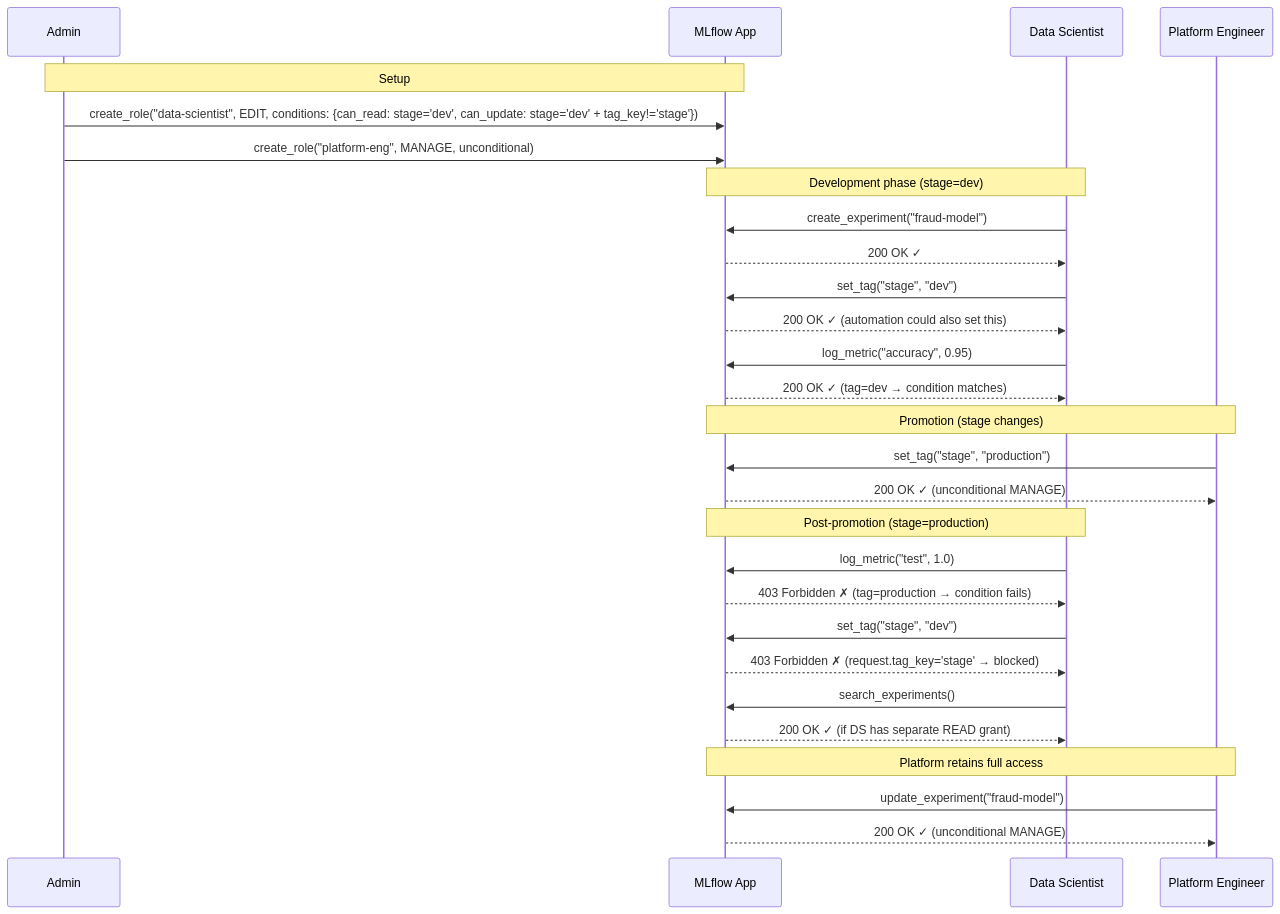
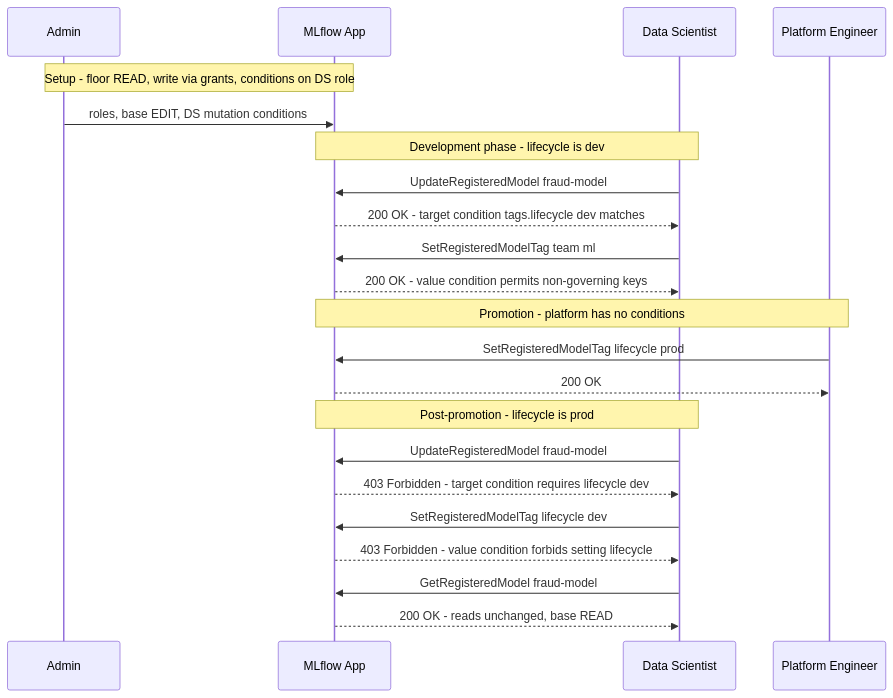
Before and after one commit to mlflow/rfcs: the first of 3 diagrams in rfcs/0000-condition-based-access-control/0000-condition-based-access-control.md, drawn with Mermaid. The commit also changed other lines of this file, not shown here.

````diff
--- a/rfcs/0000-condition-based-access-control/0000-condition-based-access-control.md
+++ b/rfcs/0000-condition-based-access-control/0000-condition-based-access-control.md
@@ -54,35 +60,28 @@
 ```mermaid
 sequenceDiagram
     participant Admin
     participant MLflow as MLflow App
     participant DS as Data Scientist
     participant Platform as Platform Engineer
 
-    Note over Admin,MLflow: Setup
-    Admin->>MLflow: create_role("data-scientist", EDIT, conditions: {can_read: stage='dev', can_update: stage='dev' + tag_key!='stage'})
-    Admin->>MLflow: create_role("platform-eng", MANAGE, unconditional)
+    Note over Admin,MLflow: Setup - floor READ, write via grants, conditions on DS role
+    Admin->>MLflow: roles, base EDIT, DS mutation conditions
 
-    Note over DS,MLflow: Development phase (stage=dev)
-    DS->>MLflow: create_experiment("fraud-model")
-    MLflow-->>DS: 200 OK ✓
-    DS->>MLflow: set_tag("stage", "dev")
-    MLflow-->>DS: 200 OK ✓ (automation could also set this)
-    DS->>MLflow: log_metric("accuracy", 0.95)
-    MLflow-->>DS: 200 OK ✓ (tag=dev → condition matches)
+    Note over DS,MLflow: Development phase - lifecycle is dev
+    DS->>MLflow: UpdateRegisteredModel fraud-model
+    MLflow-->>DS: 200 OK - target condition tags.lifecycle dev matches
+    DS->>MLflow: SetRegisteredModelTag team ml
+    MLflow-->>DS: 200 OK - value condition permits non-governing keys
 
-    Note over Platform,MLflow: Promotion (stage changes)
-    Platform->>MLflow: set_tag("stage", "production")
-    MLflow-->>Platform: 200 OK ✓ (unconditional MANAGE)
+    Note over Platform,MLflow: Promotion - platform has no conditions
+    Platform->>MLflow: SetRegisteredModelTag lifecycle prod
+    MLflow-->>Platform: 200 OK
 
-    Note over DS,MLflow: Post-promotion (stage=production)
-    DS->>MLflow: log_metric("test", 1.0)
-    MLflow-->>DS: 403 Forbidden ✗ (tag=production → condition fails)
-    DS->>MLflow: set_tag("stage", "dev")
-    MLflow-->>DS: 403 Forbidden ✗ (request.tag_key='stage' → blocked)
-    DS->>MLflow: search_experiments()
-    MLflow-->>DS: 200 OK ✓ (if DS has separate READ grant)
-
-    Note over Platform,MLflow: Platform retains full access
-    Platform->>MLflow: update_experiment("fraud-model")
-    MLflow-->>Platform: 200 OK ✓ (unconditional MANAGE)
+    Note over DS,MLflow: Post-promotion - lifecycle is prod
+    DS->>MLflow: UpdateRegisteredModel fraud-model
+    MLflow-->>DS: 403 Forbidden - target condition requires lifecycle dev
+    DS->>MLflow: SetRegisteredModelTag lifecycle dev
+    MLflow-->>DS: 403 Forbidden - value condition forbids setting lifecycle
+    DS->>MLflow: GetRegisteredModel fraud-model
+    MLflow-->>DS: 200 OK - reads unchanged, base READ
 ```
````
